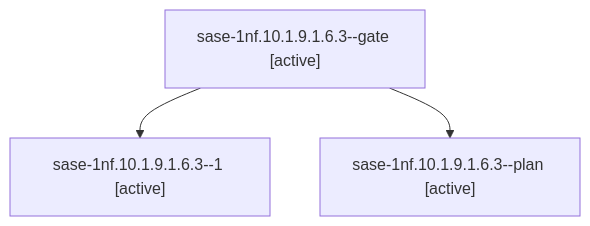
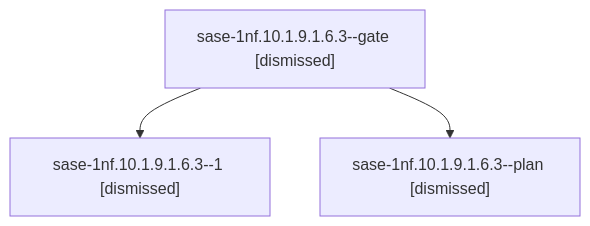
One commit to sase-org/sase--agents changed the diagram in sessions/bbugyi200.athena.sase-1nf.10.1.9.1.6.3.md. Above: the diagram before and after it, drawn with Mermaid. The commit also changed other lines of this file and 170 other files, not shown here.

````diff
--- a/sessions/bbugyi200.athena.sase-1nf.10.1.9.1.6.3.md
+++ b/sessions/bbugyi200.athena.sase-1nf.10.1.9.1.6.3.md
@@ -9,8 +9,8 @@
 ```mermaid
 flowchart TD
-  n0["sase-1nf.10.1.9.1.6.3--gate [active]"]
-  n1["sase-1nf.10.1.9.1.6.3--1 [active]"]
+  n0["sase-1nf.10.1.9.1.6.3--gate [dismissed]"]
+  n1["sase-1nf.10.1.9.1.6.3--1 [dismissed]"]
   n0 --> n1
-  n2["sase-1nf.10.1.9.1.6.3--plan [active]"]
+  n2["sase-1nf.10.1.9.1.6.3--plan [dismissed]"]
   n0 --> n2
 ```
````
